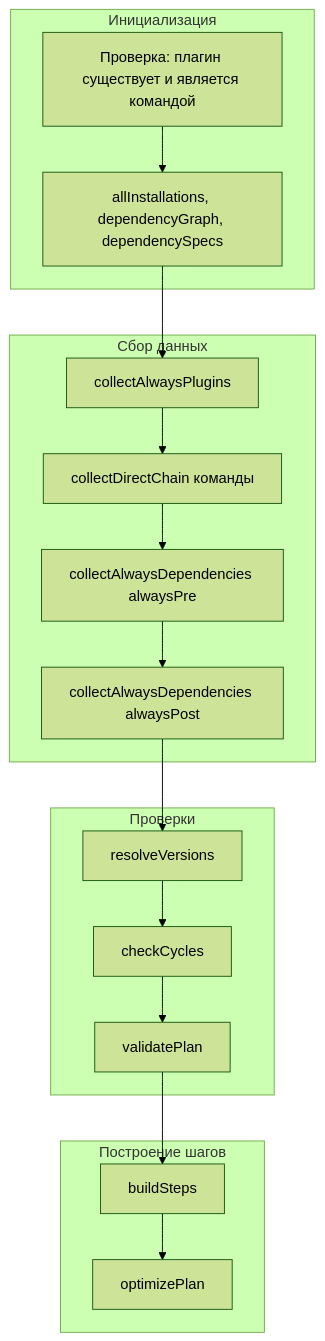
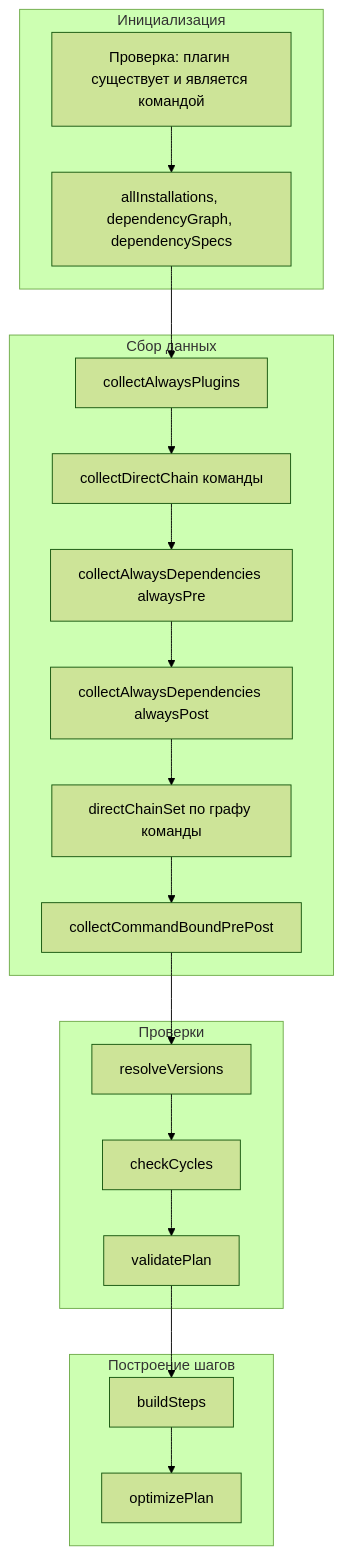
The third of 15 diagrams in docs/алгоритм-планировщика.md (seniorGolang/tg), drawn with Mermaid (forest theme) before and after one commit. The commit also changed other lines of this file and 20 other files, not shown here.

Commit message:
feat(planner): merged command options from plan and command-bound pre/post

````diff
--- a/docs/алгоритм-планировщика.md
+++ b/docs/алгоритм-планировщика.md
@@ -50,23 +50,25 @@
 ```mermaid
 flowchart TB
     subgraph init["Инициализация"]
         A[Проверка: плагин существует и является командой]
         B[allInstallations, dependencyGraph, dependencySpecs]
     end
     subgraph collect["Сбор данных"]
         C[collectAlwaysPlugins]
         D[collectDirectChain команды]
         E[collectAlwaysDependencies alwaysPre]
         F[collectAlwaysDependencies alwaysPost]
+        DCS[directChainSet по графу команды]
+        G2[collectCommandBoundPrePost]
     end
     subgraph check["Проверки"]
         G[resolveVersions]
         H[checkCycles]
         I[validatePlan]
     end
     subgraph build["Построение шагов"]
         J[buildSteps]
         K[optimizePlan]
     end
-    A --> B --> C --> D --> E --> F --> G --> H --> I --> J --> K
+    A --> B --> C --> D --> E --> F --> DCS --> G2 --> G --> H --> I --> J --> K
 ```
````
